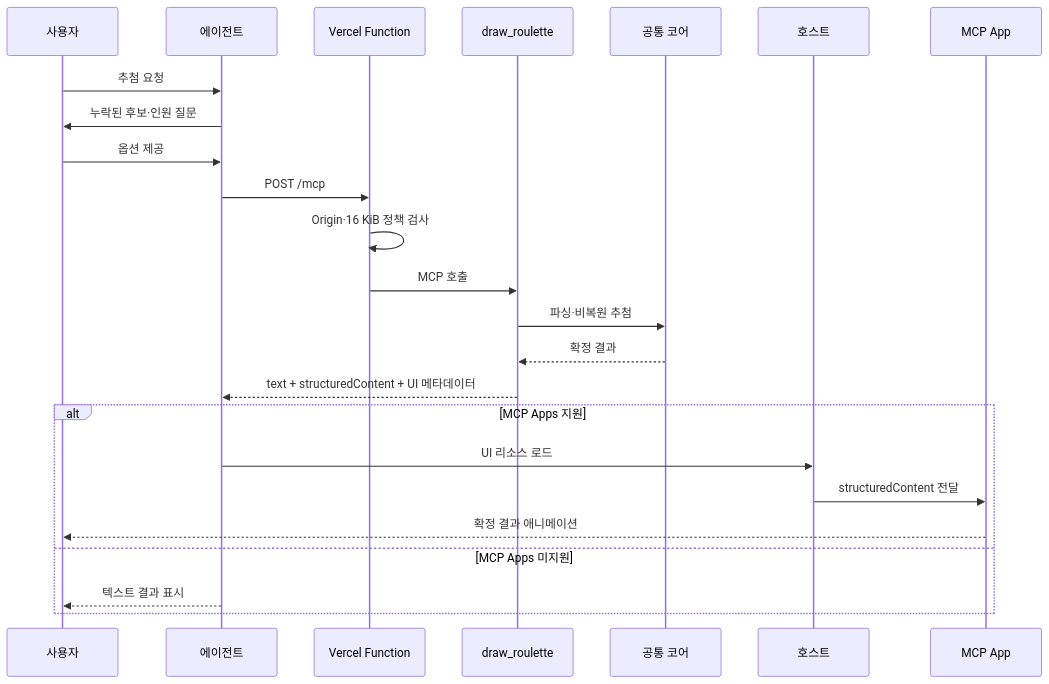
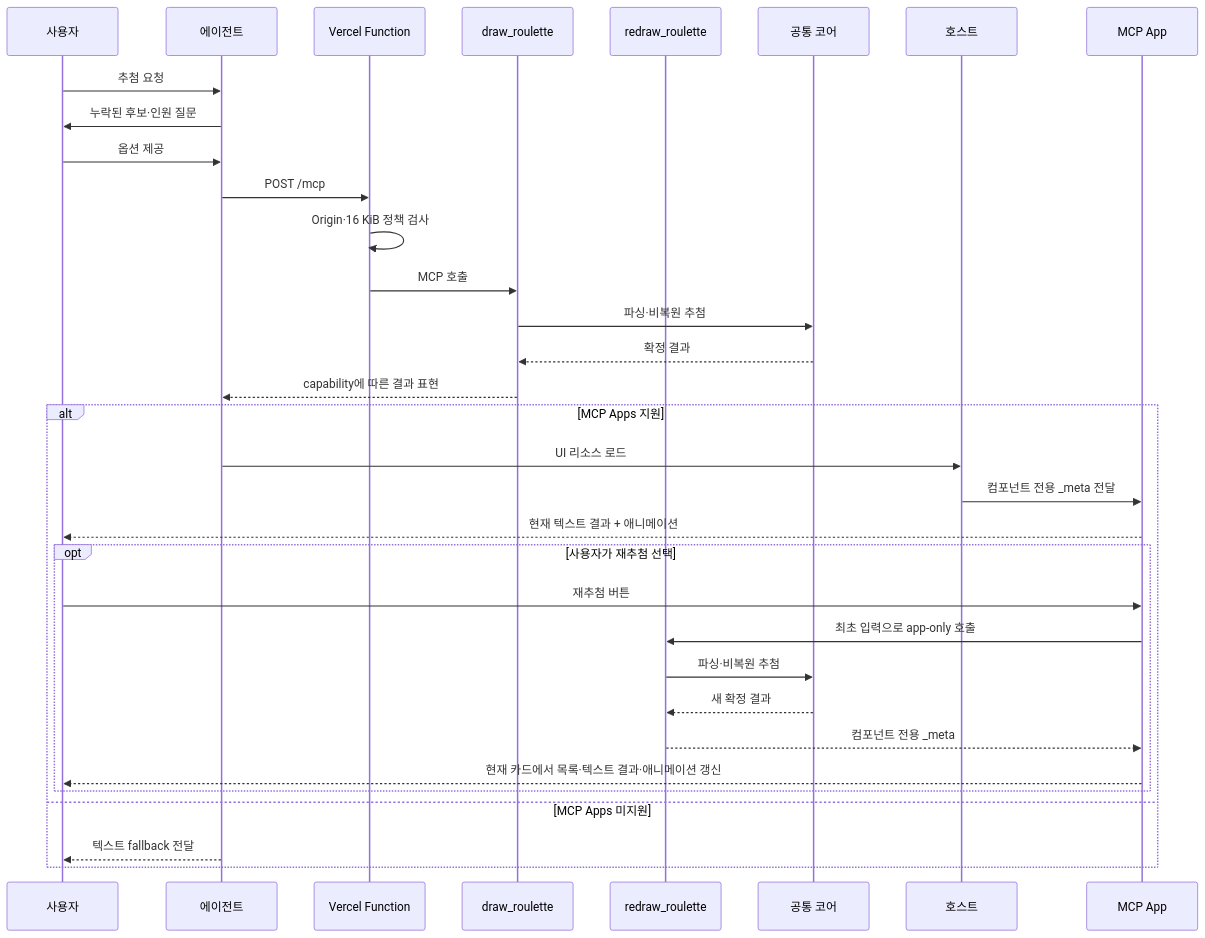
The second of 2 diagrams in docs/architecture.md (tinywolf/roulette), drawn with Mermaid before and after one commit. The commit also changed other lines of this file and 25 other files, not shown here.

````diff
--- a/docs/architecture.md
+++ b/docs/architecture.md
@@ -113,27 +114,36 @@
 ```mermaid
 sequenceDiagram
     participant U as 사용자
     participant A as 에이전트
     participant F as Vercel Function
     participant M as draw_roulette
+    participant R as redraw_roulette
     participant C as 공통 코어
     participant H as 호스트
     participant UI as MCP App
 
     U->>A: 추첨 요청
     A->>U: 누락된 후보·인원 질문
     U->>A: 옵션 제공
     A->>F: POST /mcp
     F->>F: Origin·16 KiB 정책 검사
     F->>M: MCP 호출
     M->>C: 파싱·비복원 추첨
     C-->>M: 확정 결과
-    M-->>A: text + structuredContent + UI 메타데이터
+    M-->>A: capability에 따른 결과 표현
     alt MCP Apps 지원
         A->>H: UI 리소스 로드
-        H->>UI: structuredContent 전달
-        UI-->>U: 확정 결과 애니메이션
+        H->>UI: 컴포넌트 전용 _meta 전달
+        UI-->>U: 현재 텍스트 결과 + 애니메이션
+        opt 사용자가 재추첨 선택
+            U->>UI: 재추첨 버튼
+            UI->>R: 최초 입력으로 app-only 호출
+            R->>C: 파싱·비복원 추첨
+            C-->>R: 새 확정 결과
+            R-->>UI: 컴포넌트 전용 _meta
+            UI-->>U: 현재 카드에서 목록·텍스트 결과·애니메이션 갱신
+        end
     else MCP Apps 미지원
-        A-->>U: 텍스트 결과 표시
+        A-->>U: 텍스트 fallback 전달
     end
 ```
````
